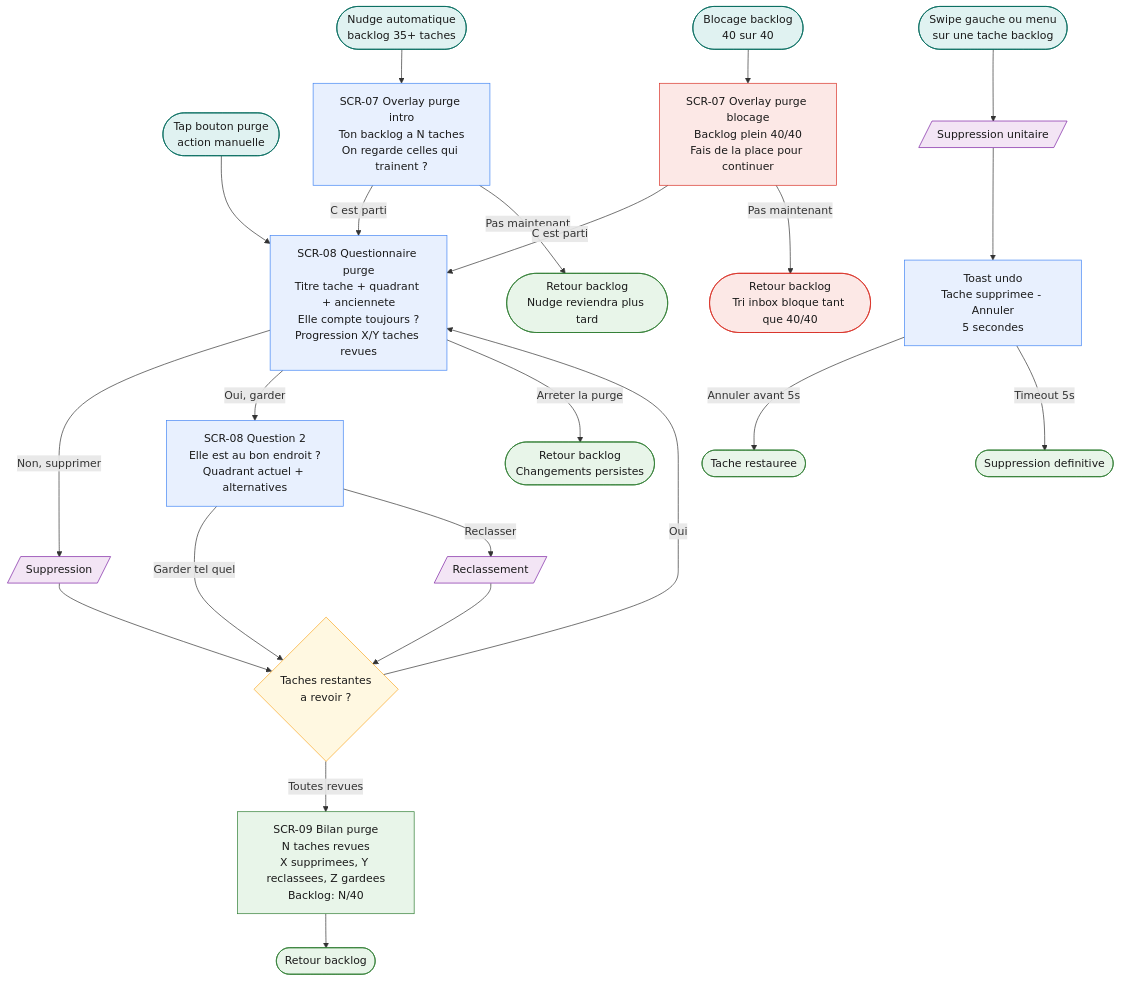
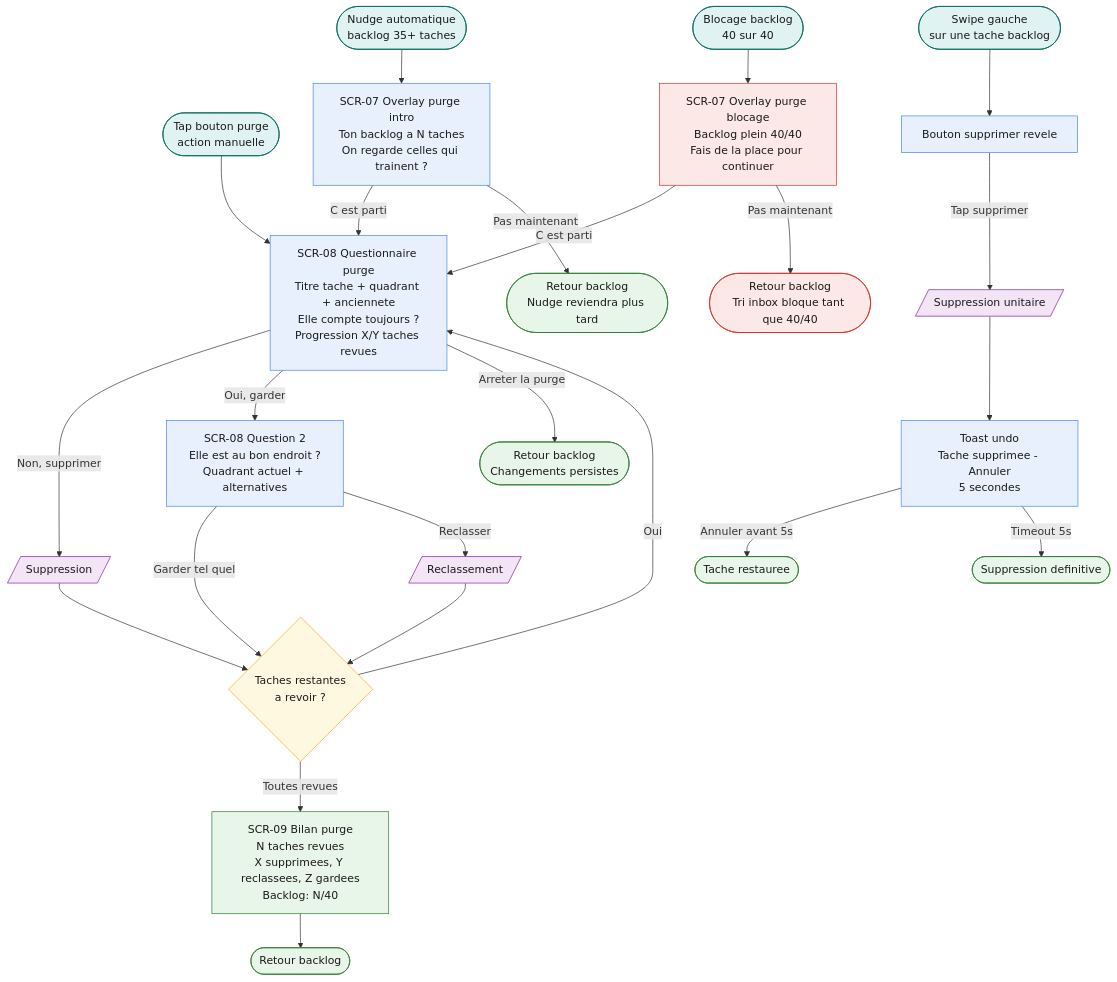
One commit to GB-LD/izh changed the diagram in docs/ux/flows/FLOW-06-purge-backlog.mmd. Above: the diagram before and after it, drawn with Mermaid. The commit also changed 34 other files, not shown here.

First line of the commit message:
✨ TICKET 4.2 — TaskItemBacklog : affichage, activation et suppression avec annulation (#37)

```diff
--- a/docs/ux/flows/FLOW-06-purge-backlog.mmd
+++ b/docs/ux/flows/FLOW-06-purge-backlog.mmd
@@ -1,55 +1,56 @@
 flowchart TD
     %% Declencheurs
     TRIG_NUDGE(["Nudge automatique\nbacklog 35+ taches"]):::trigger
     TRIG_BLOCK(["Blocage backlog\n40 sur 40"]):::trigger
     TRIG_MANUAL(["Tap bouton purge\naction manuelle"]):::trigger
 
     TRIG_NUDGE --> SCR07
     TRIG_BLOCK --> SCR07_BLOCK
     TRIG_MANUAL --> SCR08
 
     %% Intro nudge
     SCR07["SCR-07 Overlay purge intro\nTon backlog a N taches\nOn regarde celles qui trainent ?"]:::screen
     SCR07 -->|"C est parti"| SCR08
     SCR07 -->|"Pas maintenant"| DISMISS(["Retour backlog\nNudge reviendra plus tard"]):::success
 
     %% Intro blocage
     SCR07_BLOCK["SCR-07 Overlay purge blocage\nBacklog plein 40/40\nFais de la place pour continuer"]:::error
     SCR07_BLOCK -->|"C est parti"| SCR08
     SCR07_BLOCK -->|"Pas maintenant"| DISMISS_BLOCK(["Retour backlog\nTri inbox bloque tant que 40/40"]):::error
 
     %% Questionnaire tache par tache
     SCR08["SCR-08 Questionnaire purge\nTitre tache + quadrant + anciennete\nElle compte toujours ?\nProgression X/Y taches revues"]:::screen
     SCR08 -->|"Non, supprimer"| DELETE[/"Suppression"/]:::loading
     SCR08 -->|"Oui, garder"| Q2_PURGE
     SCR08 -->|"Arreter la purge"| EARLY_EXIT(["Retour backlog\nChangements persistes"]):::success
 
     Q2_PURGE["SCR-08 Question 2\nElle est au bon endroit ?\nQuadrant actuel + alternatives"]:::screen
     Q2_PURGE -->|"Garder tel quel"| DEC_MORE
     Q2_PURGE -->|"Reclasser"| RECLASS[/"Reclassement"/]:::loading
 
     DELETE --> DEC_MORE
     RECLASS --> DEC_MORE
 
     DEC_MORE{"Taches restantes\na revoir ?"}:::decision
     DEC_MORE -->|"Oui"| SCR08
     DEC_MORE -->|"Toutes revues"| SCR09
 
     %% Bilan
     SCR09["SCR-09 Bilan purge\nN taches revues\nX supprimees, Y reclassees, Z gardees\nBacklog: N/40"]:::success
     SCR09 --> BACK_BL(["Retour backlog"]):::success
 
     %% Purge unitaire hors overlay
-    TRIG_UNIT(["Swipe gauche ou menu\nsur une tache backlog"]):::trigger
-    TRIG_UNIT --> UNIT_DELETE[/"Suppression unitaire"/]:::loading
+    TRIG_UNIT(["Swipe gauche\nsur une tache backlog"]):::trigger
+    TRIG_UNIT --> REVEAL_DELETE["Bouton supprimer revele"]:::screen
+    REVEAL_DELETE -->|"Tap supprimer"| UNIT_DELETE[/"Suppression unitaire"/]:::loading
     UNIT_DELETE --> TOAST["Toast undo\nTache supprimee - Annuler\n5 secondes"]:::screen
     TOAST -->|"Annuler avant 5s"| UNDO(["Tache restauree"]):::success
     TOAST -->|"Timeout 5s"| GONE(["Suppression definitive"]):::success
 
     classDef screen   fill:#e8f0fe,stroke:#4285f4,color:#1a1a1a
     classDef decision fill:#fff8e1,stroke:#f9a825,color:#1a1a1a
     classDef error    fill:#fce8e6,stroke:#d93025,color:#1a1a1a
     classDef success  fill:#e8f5e9,stroke:#2e7d32,color:#1a1a1a
     classDef loading  fill:#f3e5f5,stroke:#7b1fa2,color:#1a1a1a
     classDef empty    fill:#f5f5f5,stroke:#9e9e9e,color:#1a1a1a
     classDef trigger  fill:#e0f2f1,stroke:#00695c,color:#1a1a1a
```
